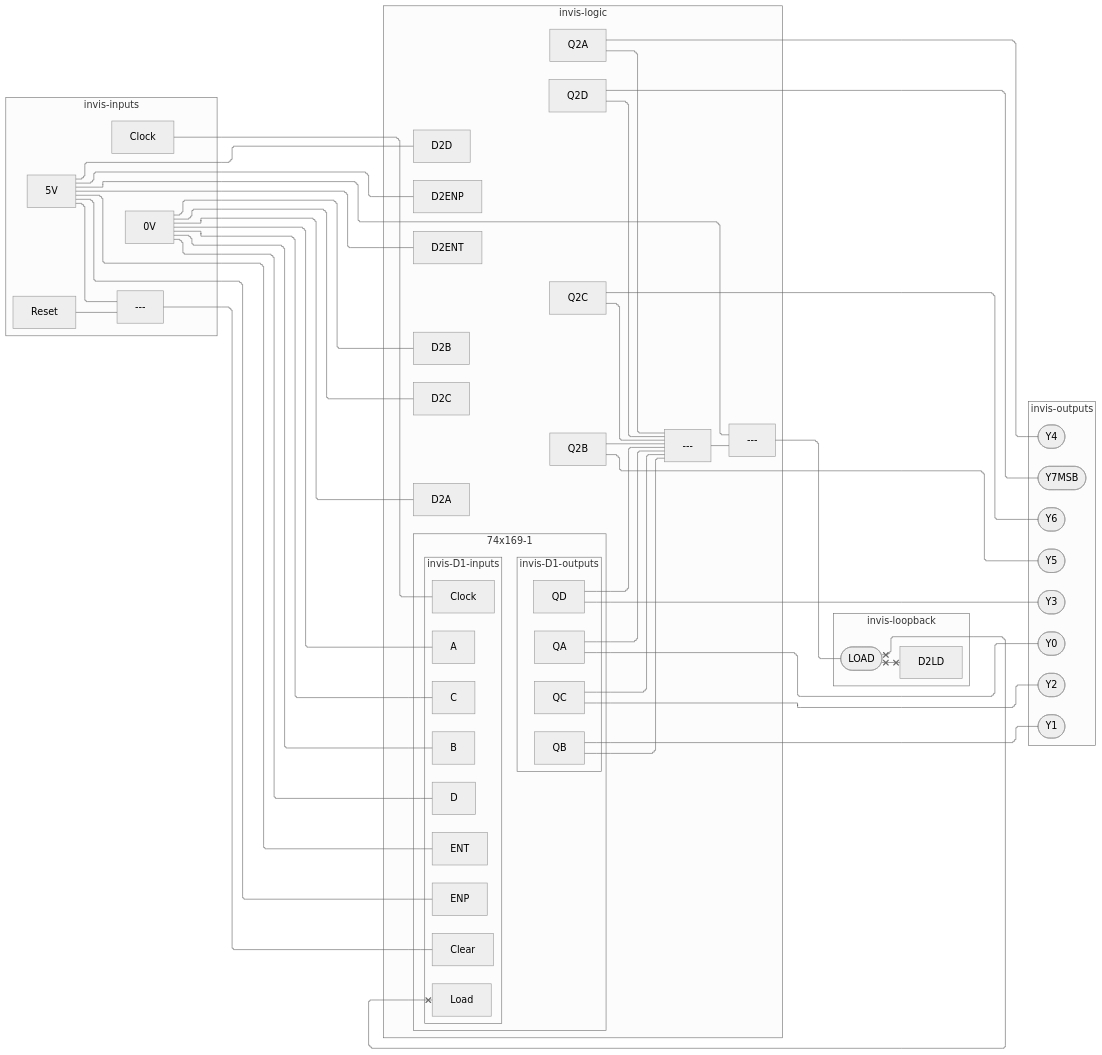
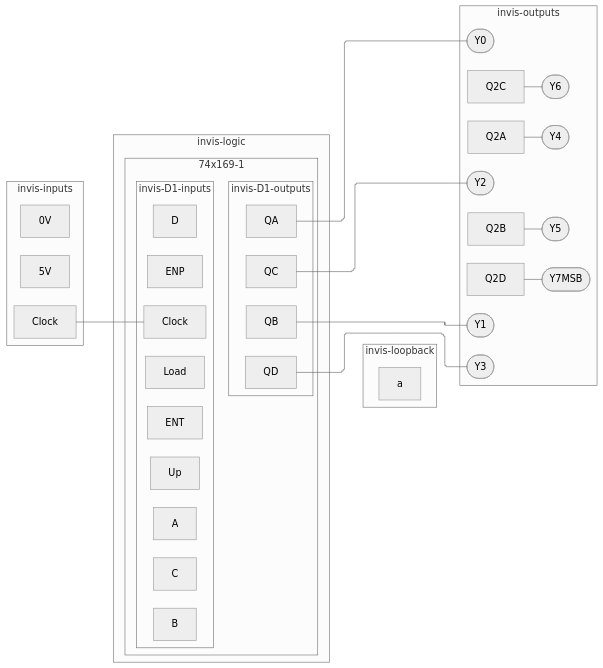
One commit to tnichols217/notes changed the eighth of 8 diagrams in CSDS 281 - Logic Design/HW/8/Tables.md. Above: the diagram before and after it, drawn with Mermaid (neutral theme).

Commit message:
vault backup: 2024-04-05 07:41:16

````diff
--- a/CSDS 281 - Logic Design/HW/8/Tables.md
+++ b/CSDS 281 - Logic Design/HW/8/Tables.md
@@ -409,58 +409,47 @@
 ```mermaid
 %%{ init: { 'flowchart': { 'curve': 'stepBefore', "defaultRenderer": "elk" } } }%%
 flowchart LR
 subgraph invis-inputs
 	Clock
 	5V
 	0V
-	Reset
-	Reset & 5V --- xor1[---]
 end
 subgraph invis-logic
 	subgraph 74x169-1
 		subgraph invis-D1-inputs
 			D1c[Clock]
-			D1CLR[Clear]
+			D1UP[Up]
 			D1LD[Load]
 			D1ENP[ENP]
 			D1ENT[ENT]
 			D1A[A]
 			D1B[B]
 			D1C[C]
 			D1D[D]
 		end
 		Clock --- D1c
-		xor1 --- D1CLR
 		subgraph invis-D1-outputs
 			Q1A[QA]
 			Q1B[QB]
 			Q1C[QC]
 			Q1D[QD]
 		end
 		invis-D1-inputs ~~~ invis-D1-outputs
 	end
-	5V --- D1ENP & D1ENT
-	5V --- D2ENP & D2ENT
-	Q1A & Q1B & Q1C & Q1D & Q2A & Q2B & Q2C & Q2D
-		--- nor1[---]
-	5V & nor1 --- xor2[---]
-	0V --- D1A & D1B & D1C & D1D & D2A & D2B & D2C
-	5V --- D2D
+	
 end
-
 subgraph invis-loopback
-	xor2 --- RLD([LOAD])
-	RLD x---x D1LD & D2LD
+	a
 end
 subgraph invis-outputs
 		Q1A --- Y0([Y0])
 		Q1B --- Y1([Y1])
 		Q1C --- Y2([Y2])
 		Q1D --- Y3([Y3])
 		Q2A --- Y4([Y4])
 		Q2B --- Y5([Y5])
 		Q2C --- Y6([Y6])
 		Q2D --- Y7([Y7MSB])
 end
 invis-inputs ~~~ invis-logic ~~~ invis-loopback ~~~ invis-outputs
 ```
````
